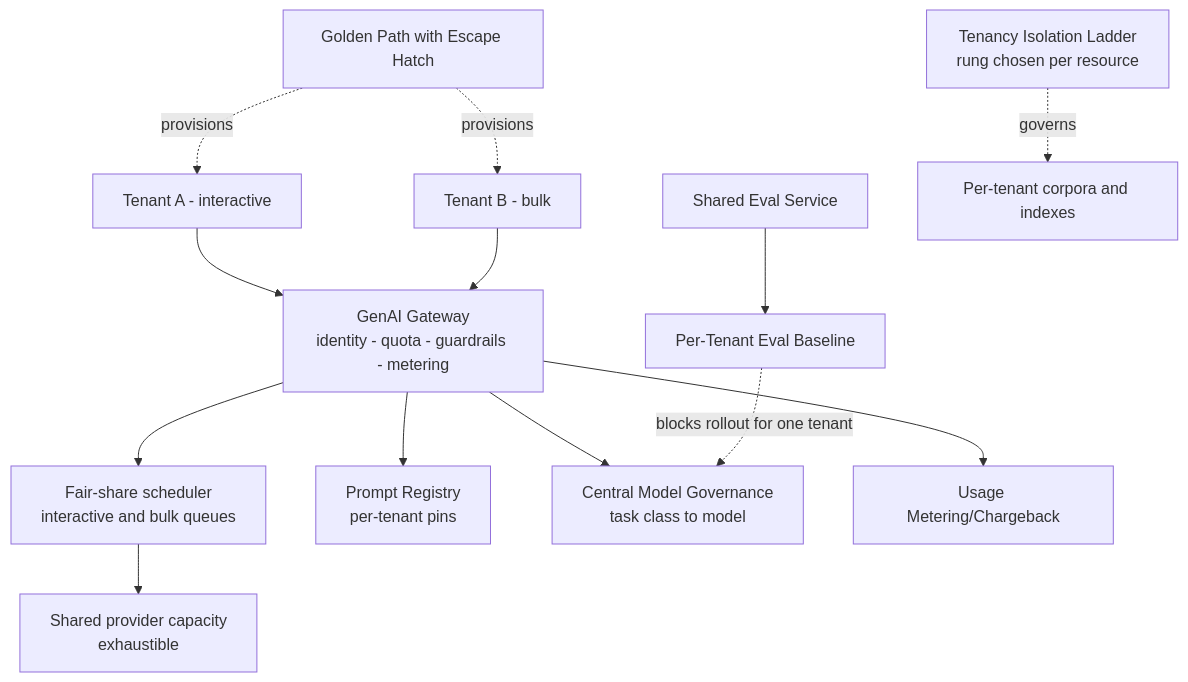
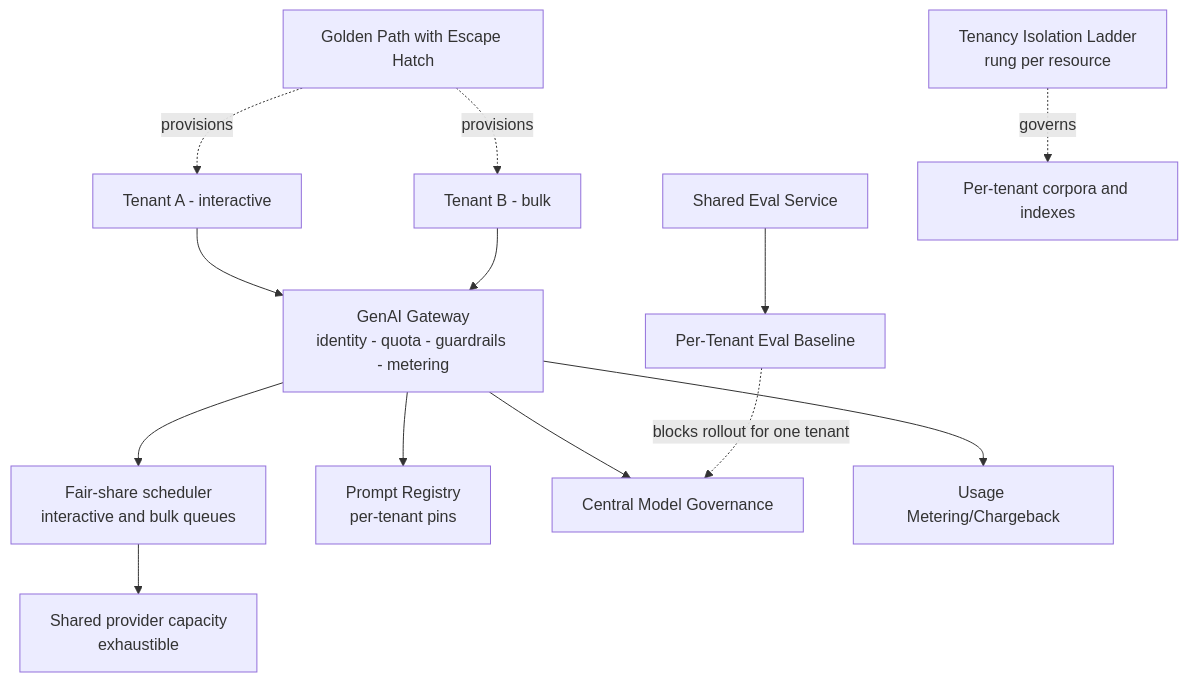
Before and after one commit to sivakrushna-works/GSAC: the diagram in curriculum/part-7-enterprise-ai-architecture-patterns/chapter-09-platform-multitenancy-patterns.md, drawn with Mermaid. The commit also changed other lines of this file and 8 other files, not shown here.

````diff
--- a/curriculum/part-7-enterprise-ai-architecture-patterns/chapter-09-platform-multitenancy-patterns.md
+++ b/curriculum/part-7-enterprise-ai-architecture-patterns/chapter-09-platform-multitenancy-patterns.md
@@ -141,15 +141,15 @@
 ```mermaid
 flowchart TD
     T1[Tenant A - interactive] --> GW
     T2[Tenant B - bulk] --> GW
     GW[GenAI Gateway<br/>identity - quota - guardrails - metering]
     GW --> SCHED[Fair-share scheduler<br/>interactive and bulk queues]
     SCHED --> POOL[Shared provider capacity<br/>exhaustible]
     GW --> REG[Prompt Registry<br/>per-tenant pins]
-    GW --> GOV[Central Model Governance<br/>task class to model]
+    GW --> GOV[Central Model Governance]
     GW --> METER[Usage Metering/Chargeback]
     EVAL[Shared Eval Service] --> BASE[Per-Tenant Eval Baseline]
     BASE -.blocks rollout for one tenant.-> GOV
-    LADDER[Tenancy Isolation Ladder<br/>rung chosen per resource] -.governs.-> DATA[Per-tenant corpora and indexes]
+    LADDER[Tenancy Isolation Ladder<br/>rung per resource] -.governs.-> DATA[Per-tenant corpora and indexes]
     PATH[Golden Path with Escape Hatch] -.provisions.-> T1 & T2
 ```
````
